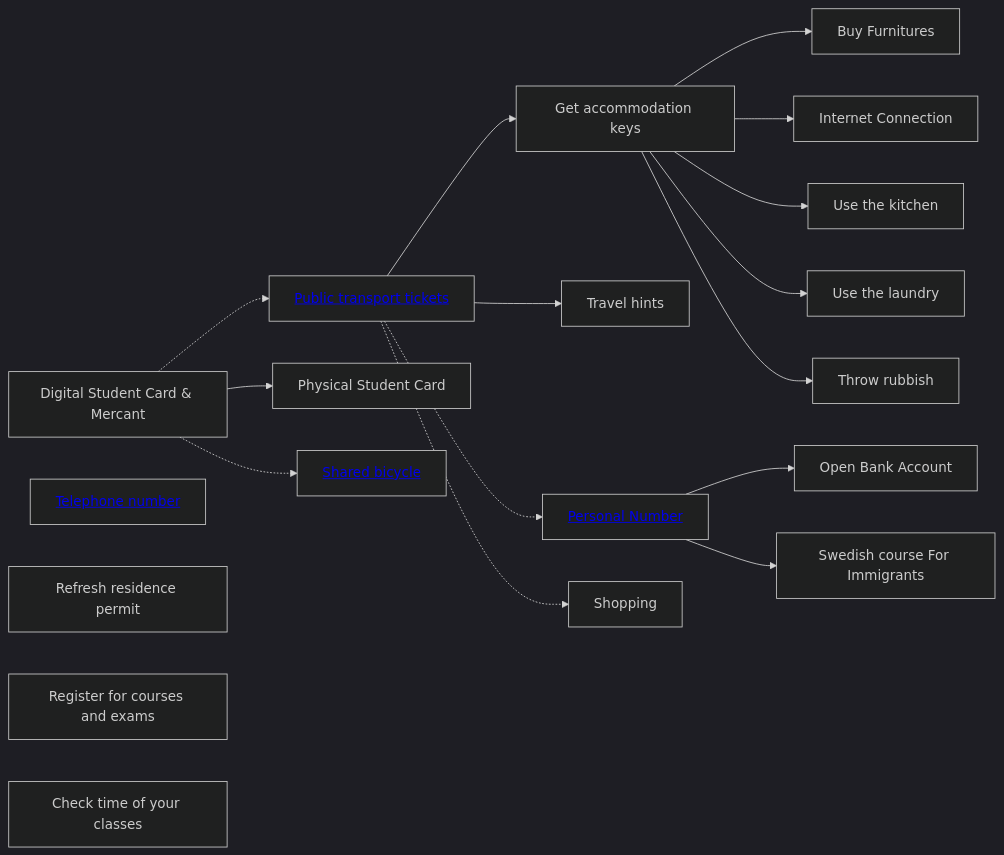
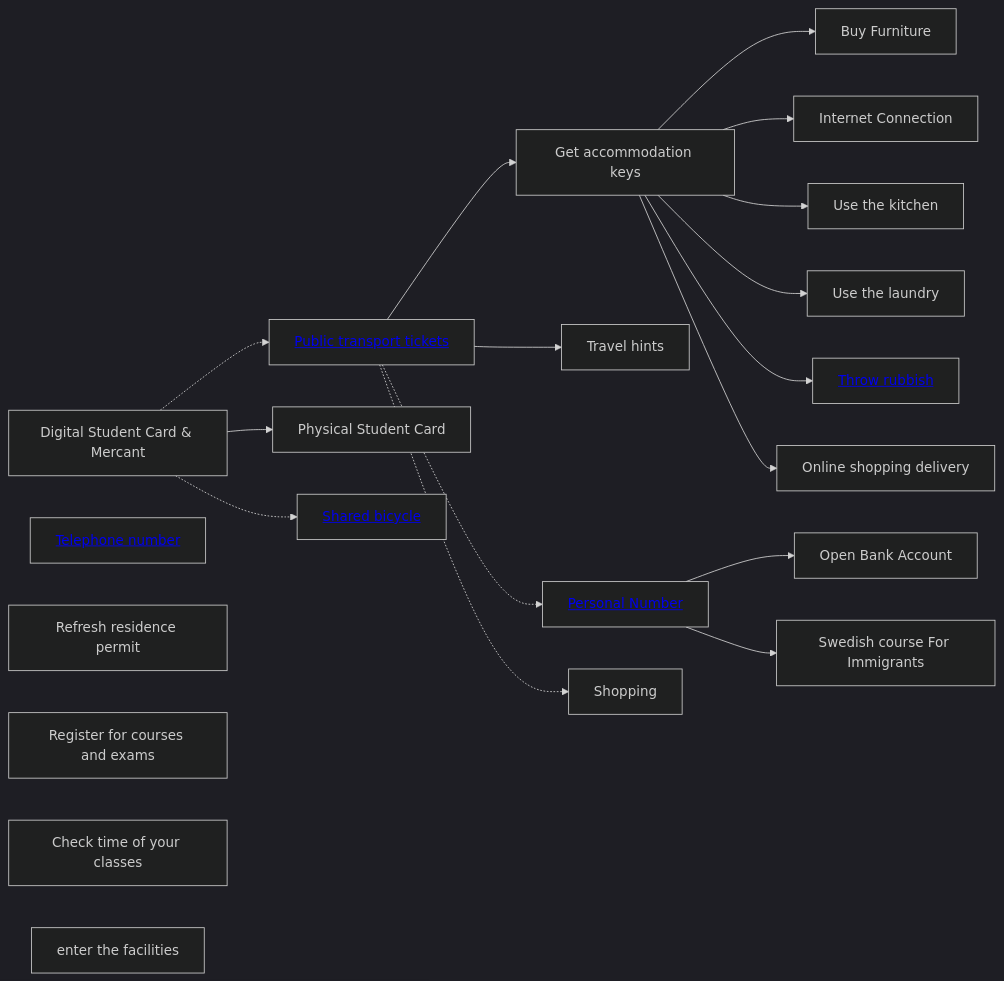
Before and after one commit to chalmers-hub/first-week-in-chalmers: the diagram in content/docs/step-by-step/introduction.md, drawn with Mermaid (dark theme). The commit also changed 30 other files, not shown here.

```diff
--- a/content/docs/step-by-step/introduction.md
+++ b/content/docs/step-by-step/introduction.md
@@ -17,22 +17,24 @@
 <pre class="mermaid">
     graph LR
         travel[<a href="/docs/transport/ticket">Public transport tickets</a>] --> accommodation[Get accommodation keys]
-        accommodation --> furniture[Buy Furnitures]
+        accommodation --> furniture[Buy Furniture]
         accommodation --> internet[Internet Connection]
         accommodation --> cook[Use the kitchen]
         accommodation --> laundry[Use the laundry]
-        accommodation --> rubbish[Throw rubbish]
+        accommodation --> rubbish[<a href="/docs/living/rubbish">Throw rubbish</a>]
+        accommodation --> shopping[Online shopping delivery]
         travel --> traffic[Travel hints]
         travel -.-> personal
         personal[<a href="/docs/id/personal-number">Personal Number</a>] --> bank[Open Bank Account]
         travel -.-> Shopping
         DigitalStudentCard[Digital Student Card & Mercant]
         DigitalStudentCard --> PhysicalStudentCard[Physical Student Card]
         DigitalStudentCard -.-> travel
         phone[<a href="/docs/phone/circ-sim/">Telephone number</a>]
         Refresh[Refresh residence permit]
         personal --> SFI[Swedish course For Immigrants]
         DigitalStudentCard -.-> bicycle[<a href="/docs/transport/shared-bicycle/">Shared bicycle</a>]
         course[Register for courses and exams]
         timeEdit[Check time of your classes]
+        doors[enter the facilities]
 </pre>
```
